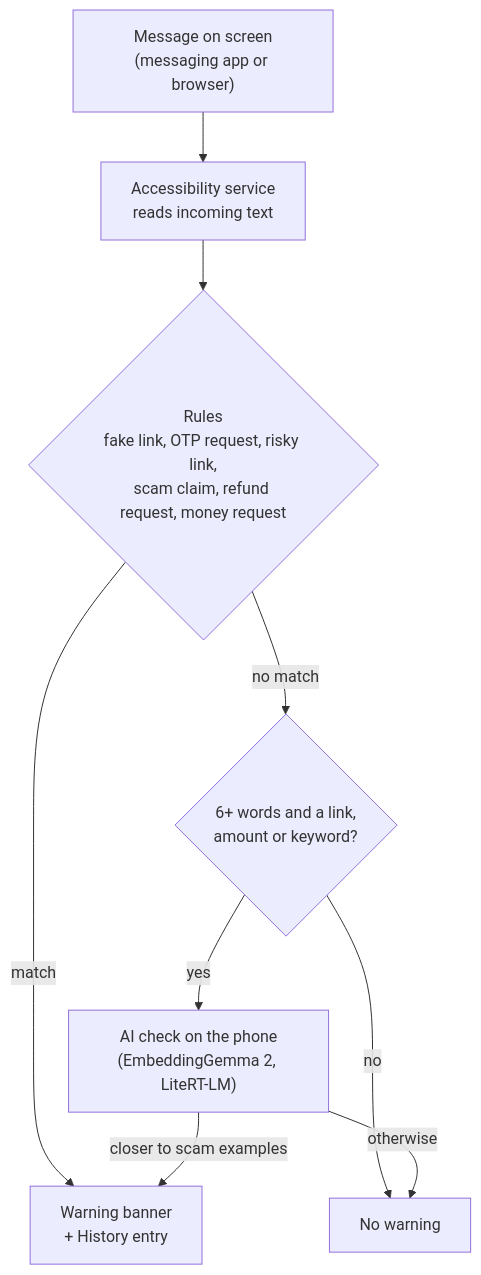
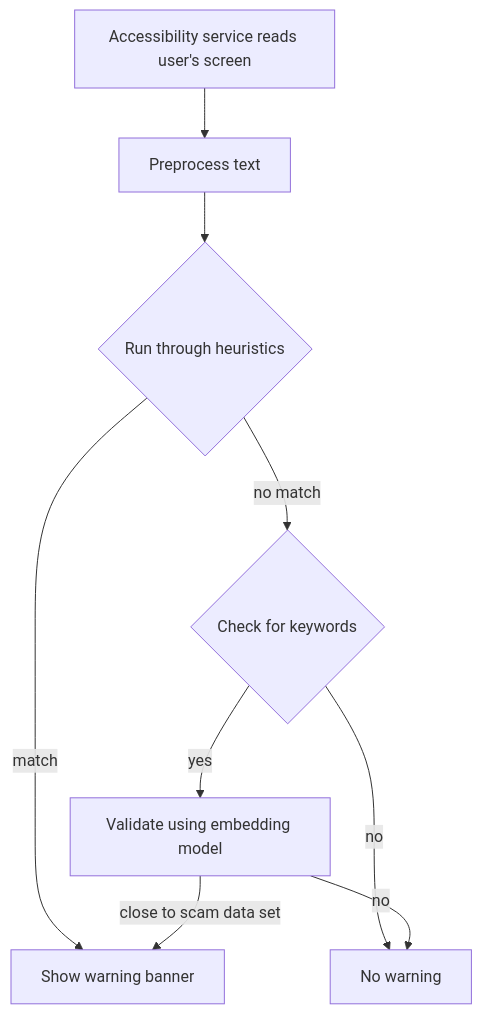
One commit to Flesky/scam-guardian changed the diagram in README.md. Above: the diagram before and after it, drawn with Mermaid.

Commit message:
docs: simplify the detection diagram

````diff
--- a/README.md
+++ b/README.md
@@ -7,11 +7,11 @@
 ```mermaid
 flowchart TD
-    A["Message on screen<br/>(messaging app or browser)"] --> B["Accessibility service<br/>reads incoming text"]
-    B --> C{"Rules<br/>fake link, OTP request, risky link,<br/>scam claim, refund request, money request"}
-    C -- match --> W["Warning banner<br/>+ History entry"]
-    C -- no match --> D{"6+ words and a link,<br/>amount or keyword?"}
+    A["Accessibility service reads user's screen"] --> B["Preprocess text"]
+    B --> C{"Run through heuristics"}
+    C -- match --> W["Show warning banner"]
+    C -- no match --> D{"Check for keywords"}
     D -- no --> N["No warning"]
-    D -- yes --> E["AI check on the phone<br/>(EmbeddingGemma 2, LiteRT-LM)"]
-    E -- closer to scam examples --> W
-    E -- otherwise --> N
+    D -- yes --> E["Validate using embedding model"]
+    E -- close to scam data set --> W
+    E -- no --> N
 ```
````
